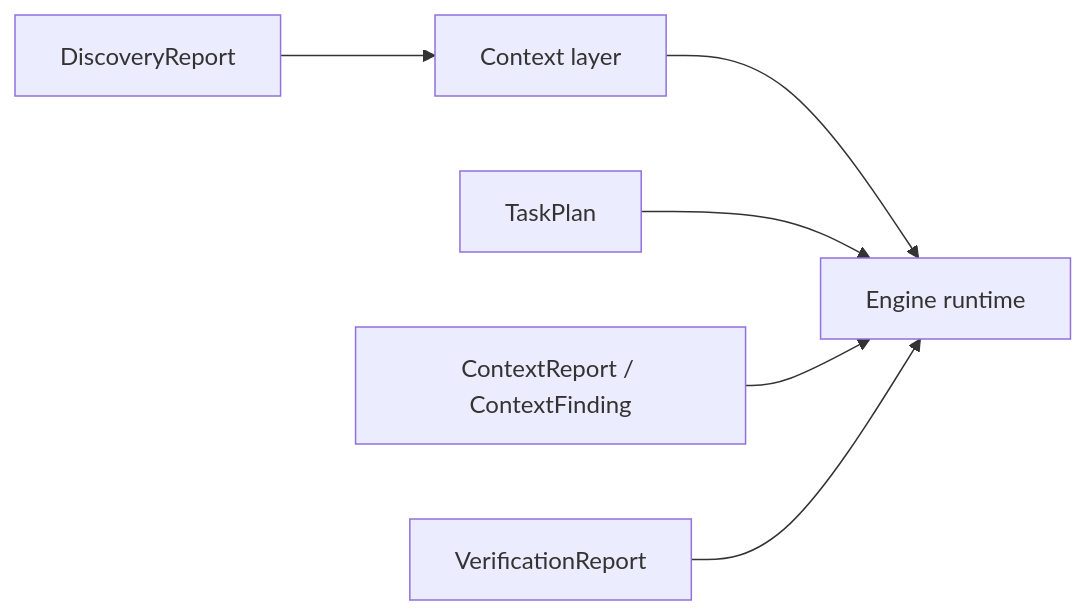
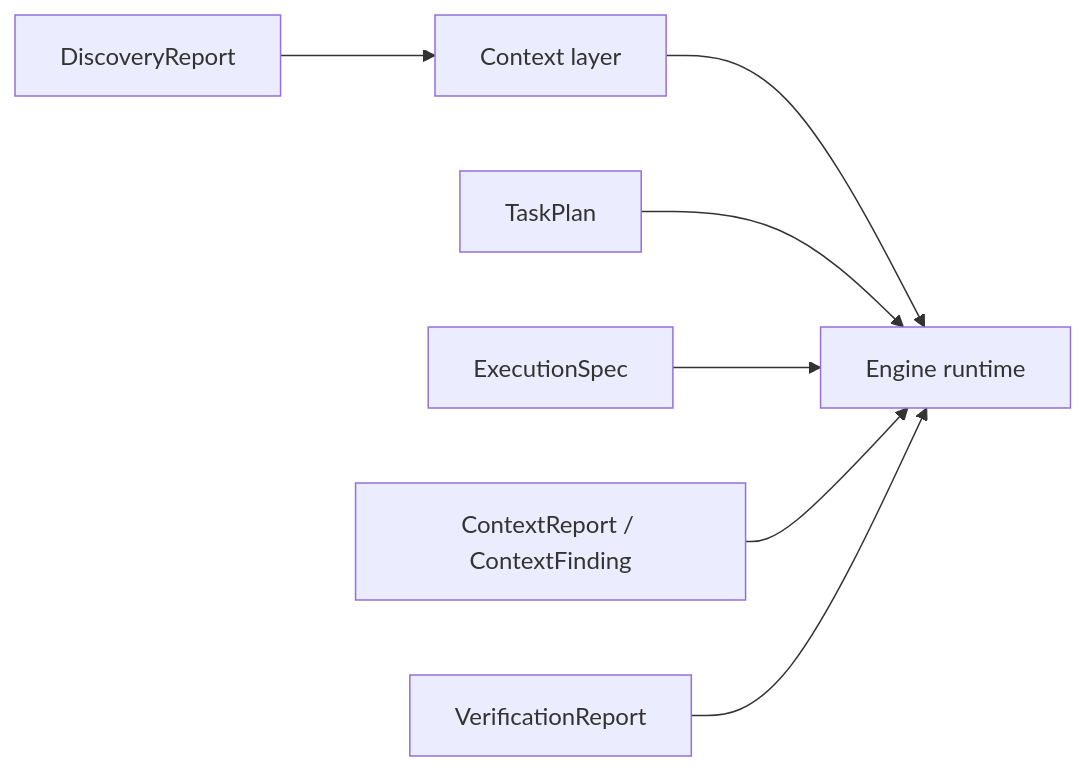
The diagram in shipyard/src/artifacts/README.md (thisisyoussef/shipyard), drawn with Mermaid before and after one commit. The commit also changed other lines of this file and 20 other files, not shown here.

Commit message:
feat: add execution spec planner contract

````diff
--- a/shipyard/src/artifacts/README.md
+++ b/shipyard/src/artifacts/README.md
@@ -19,15 +20,17 @@
 ```mermaid
 flowchart LR
   Discovery["DiscoveryReport"]
   Context["Context layer"]
   Plan["TaskPlan"]
+  Execution["ExecutionSpec"]
   Engine["Engine runtime"]
   Verify["VerificationReport"]
   Findings["ContextReport / ContextFinding"]
 
   Discovery --> Context
   Context --> Engine
   Plan --> Engine
+  Execution --> Engine
   Findings --> Engine
   Verify --> Engine
 ```
````
